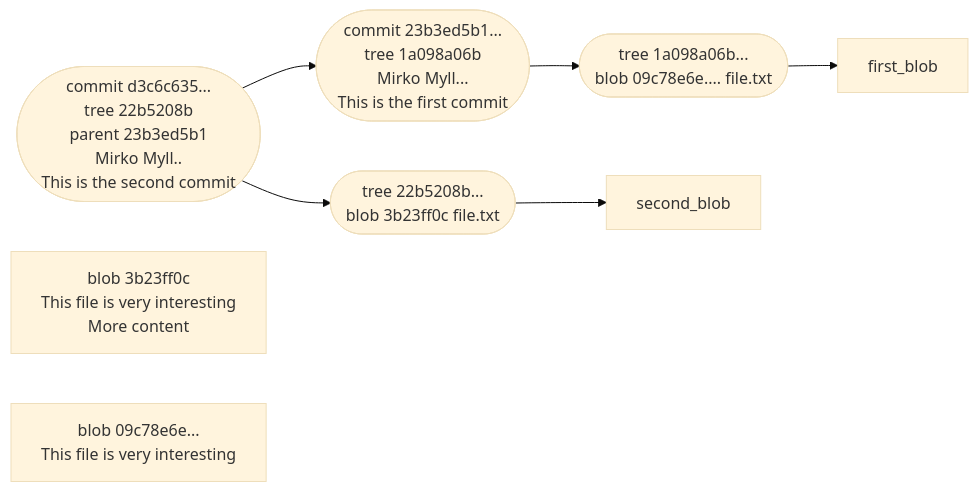
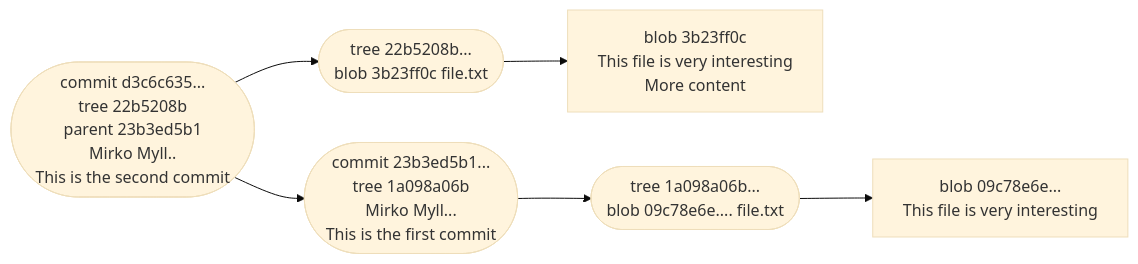
Diagram 15 of 26 in docs/basic-concepts.md (hpc2n/course-intro-git), drawn with Mermaid (base theme) before and after one commit.

Commit message:
Adding lecture 3

````diff
--- a/docs/basic-concepts.md
+++ b/docs/basic-concepts.md
@@ -963,18 +963,18 @@
 ```mermaid
 graph LR
   secondcommit(["commit d3c6c635...<br>tree 22b5208b<br>parent 23b3ed5b1<br>Mirko Myll..<br>This is the second commit"])
   firstcommit(["commit 23b3ed5b1...<br>tree 1a098a06b<br>Mirko Myll...<br>This is the first commit"])
   
   secondblob["blob 3b23ff0c<br>This file is very interesting<br>More content"]
   firstblob["blob 09c78e6e...<br>This file is very interesting"]
   tree1(["tree 22b5208b...<br>blob 3b23ff0c file.txt"])
   tree2(["tree 1a098a06b...<br>blob 09c78e6e.... file.txt"])
   
   secondcommit --> tree1
-  tree1 --> second_blob
+  tree1 --> secondblob
 
   firstcommit --> tree2 
-  tree2 --> first_blob
+  tree2 --> firstblob
   
   secondcommit --> firstcommit
 ```
````
